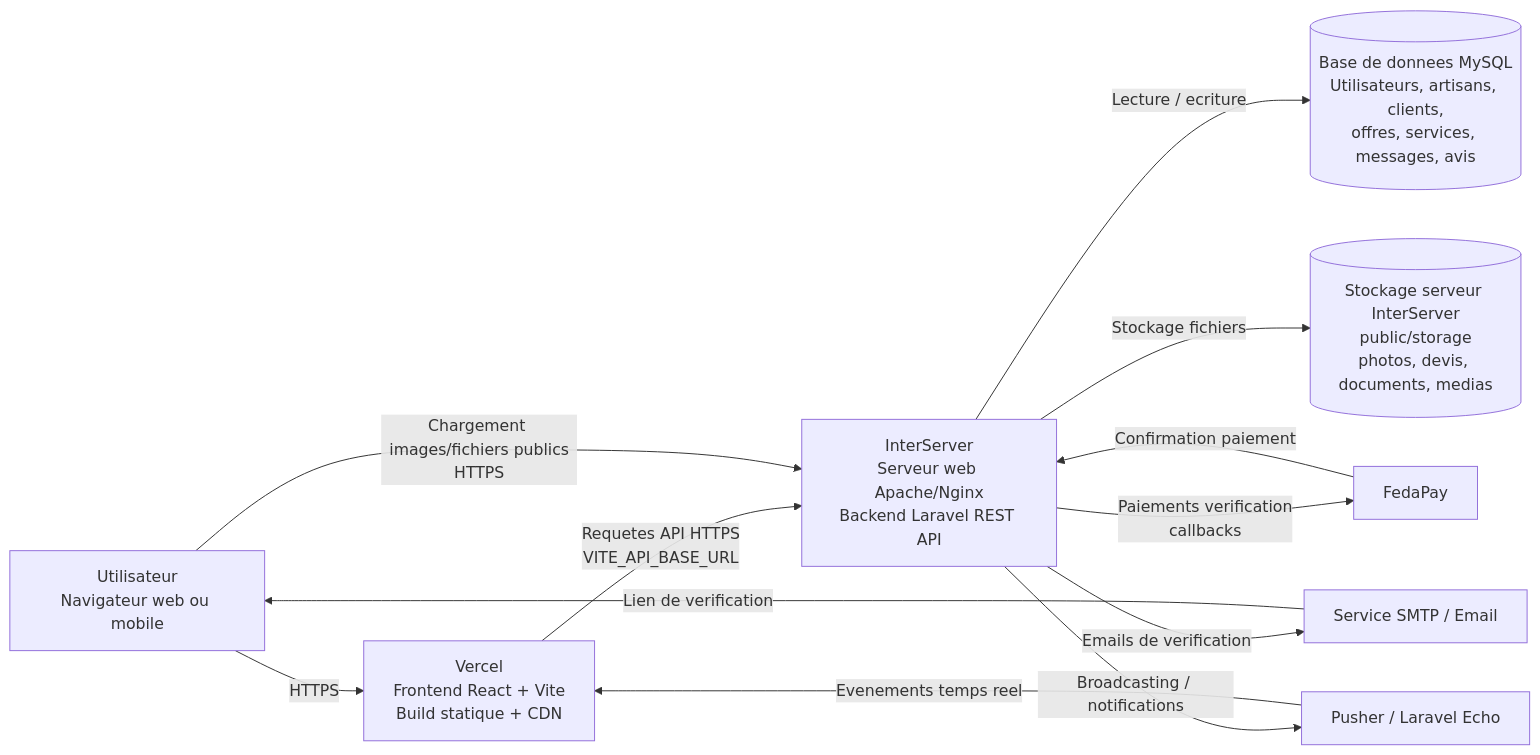
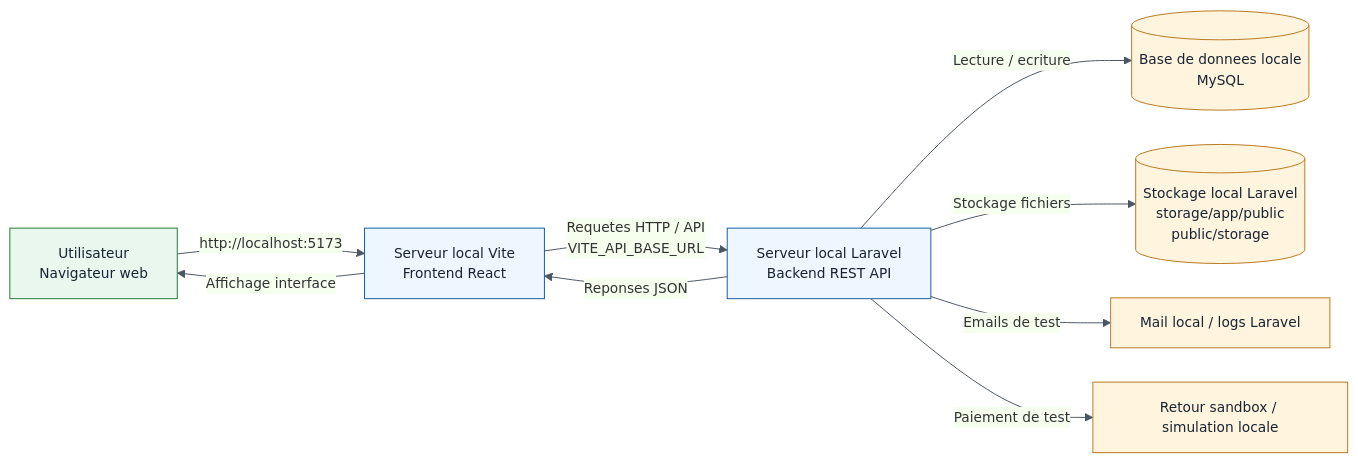
One commit to Exauce13/fya-front-end changed the first of 3 diagrams in UML/diagramme-deploiement.md. Above: the diagram before and after it, drawn with Mermaid. The commit also changed other lines of this file and 104 other files, not shown here.

````diff
--- a/UML/diagramme-deploiement.md
+++ b/UML/diagramme-deploiement.md
@@ -7,18 +7,22 @@
 ```mermaid
+%%{init: {"theme": "base", "themeVariables": {"fontFamily": "Arial", "fontSize": "14px", "primaryColor": "#EEF6FF", "primaryBorderColor": "#145DA0", "lineColor": "#4B5563", "textColor": "#182433"}, "flowchart": {"curve": "basis", "nodeSpacing": 35, "rankSpacing": 45}}}%%
 flowchart LR
-    U[Utilisateur<br/>Navigateur web ou mobile] -->|HTTPS| V[Vercel<br/>Frontend React + Vite<br/>Build statique + CDN]
+    U[Utilisateur<br/>Navigateur web] -->|http://localhost:5173| FRONT[Serveur local Vite<br/>Frontend React]
 
-    V -->|Requetes API HTTPS<br/>VITE_API_BASE_URL| API[InterServer<br/>Serveur web Apache/Nginx<br/>Backend Laravel REST API]
+    FRONT -->|Requetes HTTP / API<br/>VITE_API_BASE_URL| API[Serveur local Laravel<br/>Backend REST API]
 
-    U -->|Chargement images/fichiers publics<br/>HTTPS| API
+    API -->|Lecture / ecriture| DB[(Base de donnees locale<br/>MySQL)]
+    API -->|Stockage fichiers| FS[(Stockage local Laravel<br/>storage/app/public<br/>public/storage)]
+    API -->|Emails de test| MAIL[Mail local / logs Laravel]
+    API -->|Paiement de test| PAY[Retour sandbox / simulation locale]
 
-    API -->|Lecture / ecriture| DB[(Base de donnees MySQL<br/>Utilisateurs, artisans, clients,<br/>offres, services, messages, avis)]
-    API -->|Stockage fichiers| FS[(Stockage serveur InterServer<br/>public/storage<br/>photos, devis, documents, medias)]
-    API -->|Emails de verification| MAIL[Service SMTP / Email]
-    API -->|Paiements verification<br/>callbacks| PAY[FedaPay]
-    API -->|Broadcasting / notifications| PUSH[Pusher / Laravel Echo]
+    API -->|Reponses JSON| FRONT
+    FRONT -->|Affichage interface| U
 
-    PUSH -->|Evenements temps reel| V
-    PAY -->|Confirmation paiement| API
-    MAIL -->|Lien de verification| U
+    classDef user fill:#E9F7EF,stroke:#1E7E34,color:#182433,font-size:14px
+    classDef app fill:#EEF6FF,stroke:#145DA0,color:#182433,font-size:14px
+    classDef data fill:#FFF4DE,stroke:#B7791F,color:#182433,font-size:14px
+    class U user
+    class FRONT,API app
+    class DB,FS,MAIL,PAY data
 ```
````
